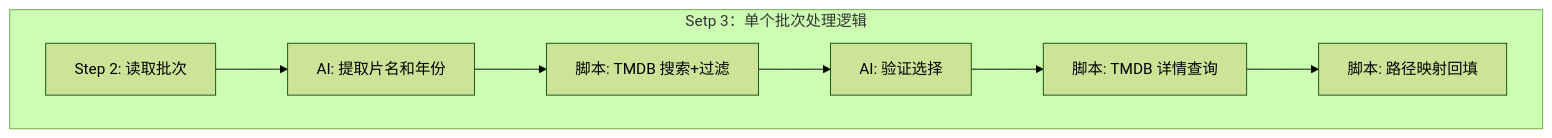
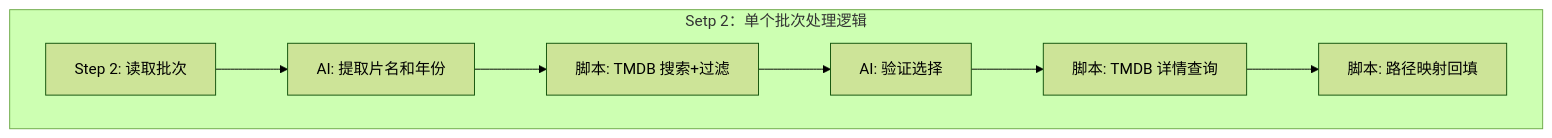
The second of 2 diagrams in SKILL.md (zengge96/tmdb-scrape), drawn with Mermaid (forest theme) before and after one commit. The commit also changed other lines of this file, not shown here.

````diff
--- a/SKILL.md
+++ b/SKILL.md
@@ -20,10 +20,10 @@
 ```mermaid
 graph TD
-subgraph "Setp 3：单个批次处理逻辑"
+subgraph "Setp 2：单个批次处理逻辑"
 C1[Step 2: 读取批次] --> C2[AI: 提取片名和年份]
 C2 --> C3[脚本: TMDB 搜索+过滤]
 C3 --> C4[AI: 验证选择]
 C4 --> C5[脚本: TMDB 详情查询]
 C5 --> C6[脚本: 路径映射回填]
 end
 ```
````
